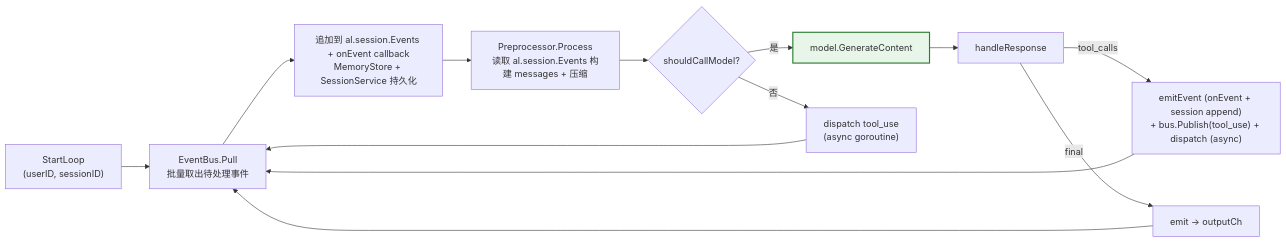
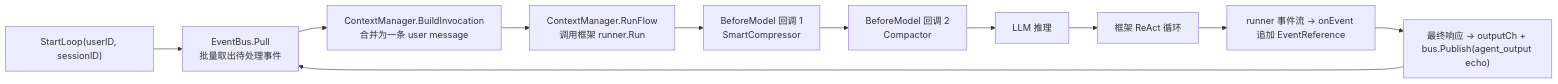
The fourth of 9 diagrams in README.md (SpellingDragon/tagent), drawn with Mermaid before and after one commit. The commit also changed other lines of this file and 320 other files, not shown here.

````diff
--- a/README.md
+++ b/README.md
@@ -221,17 +177,13 @@
 ```mermaid
 graph LR
-    START["StartLoop<br/>(userID, sessionID)"] --> PULL["EventBus.Pull<br/>批量取出待处理事件"]
-    PULL --> ONEVT["追加到 al.session.Events + onEvent callback<br/>MemoryStore + SessionService 持久化"]
-    ONEVT --> PROC["Preprocessor.Process<br/>读取 al.session.Events 构建 messages + 压缩"]
-    PROC --> MODEL{"shouldCallModel?"}
-    MODEL -->|"是"| CALL["model.GenerateContent"]
-    MODEL -->|"否"| DISPATCH["dispatch tool_use<br/>(async goroutine)"]
-    CALL --> RESP["handleResponse"]
-    RESP -->|"tool_calls"| ONEVT2["emitEvent (onEvent + session append)<br/>+ bus.Publish(tool_use) + dispatch (async)"]
-    RESP -->|"final"| EMIT["emit → outputCh"]
-    ONEVT2 --> PULL
-    EMIT --> PULL
-    DISPATCH --> PULL
-
-    style CALL fill:#e8f5e9,stroke:#2e7d32,stroke-width:2px
+    START["StartLoop(userID, sessionID)"] --> PULL["EventBus.Pull<br/>批量取出待处理事件"]
+    PULL --> BUILD["ContextManager.BuildInvocation<br/>合并为一条 user message"]
+    BUILD --> RUN["ContextManager.RunFlow<br/>调用框架 runner.Run"]
+    RUN --> CB1["BeforeModel 回调 1<br/>SmartCompressor"]
+    CB1 --> CB2["BeforeModel 回调 2<br/>Compactor"]
+    CB2 --> LLM["LLM 推理"]
+    LLM --> LOOP["框架 ReAct 循环"]
+    LOOP --> ONEVT["runner 事件流 → onEvent 追加 EventReference"]
+    ONEVT --> OUT["最终响应 → outputCh + bus.Publish(agent_output echo)"]
+    OUT --> PULL
 ```
````
